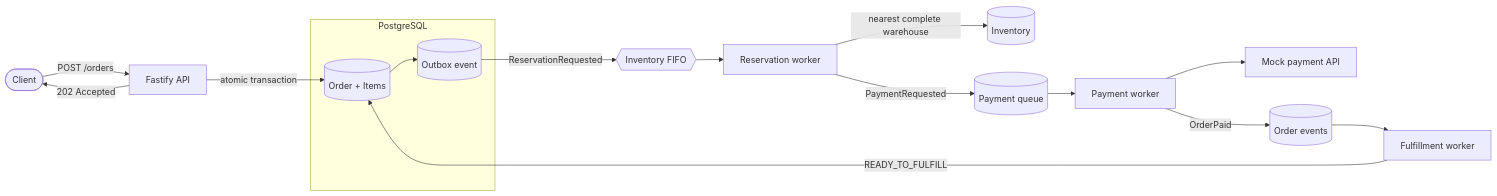
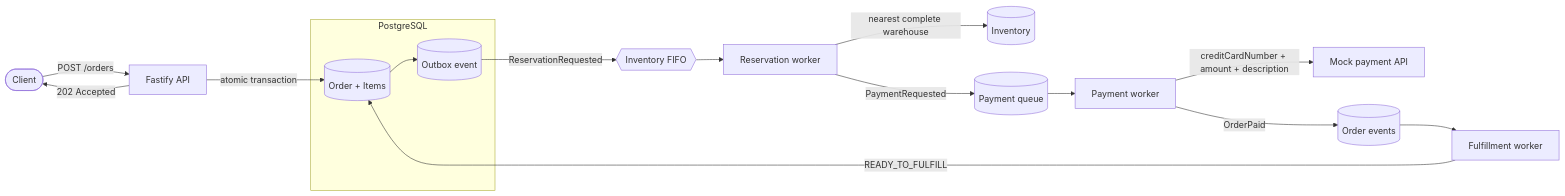
One commit to JuanBernal13/canals-ai-test changed the first of 3 diagrams in README.md. Above: the diagram before and after it, drawn with Mermaid. The commit also changed other lines of this file, not shown here.

Commit message:
Document end-to-end order flow

````diff
--- a/README.md
+++ b/README.md
@@ -7,22 +7,22 @@
 ```mermaid
 flowchart LR
     client([Client]) -->|POST /orders| api[Fastify API]
 
     subgraph persistence[PostgreSQL]
         order[(Order + Items)]
         outbox[(Outbox event)]
     end
 
     api -->|202 Accepted| client
     api -->|atomic transaction| order
     order --> outbox
     outbox -->|ReservationRequested| inventoryQueue{{Inventory FIFO}}
     inventoryQueue --> reservation[Reservation worker]
     reservation -->|nearest complete warehouse| inventory[(Inventory)]
     reservation -->|PaymentRequested| paymentQueue[(Payment queue)]
     paymentQueue --> payment[Payment worker]
-    payment --> provider[Mock payment API]
+    payment -->|creditCardNumber + amount + description| provider[Mock payment API]
     payment -->|OrderPaid| events[(Order events)]
     events --> fulfillment[Fulfillment worker]
     fulfillment -->|READY_TO_FULFILL| order
 ```
````
